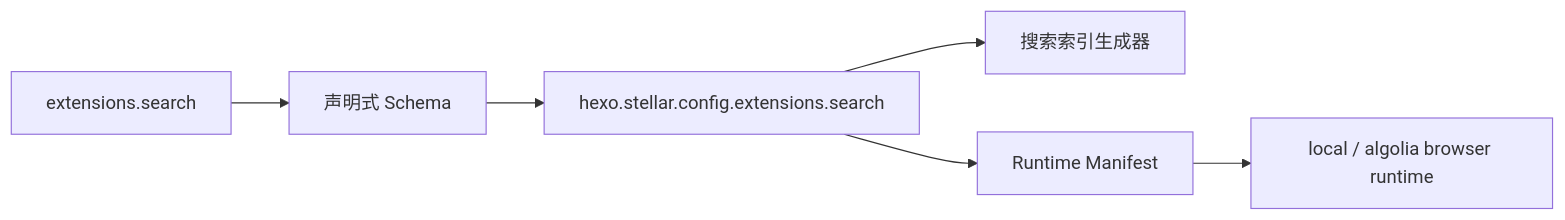
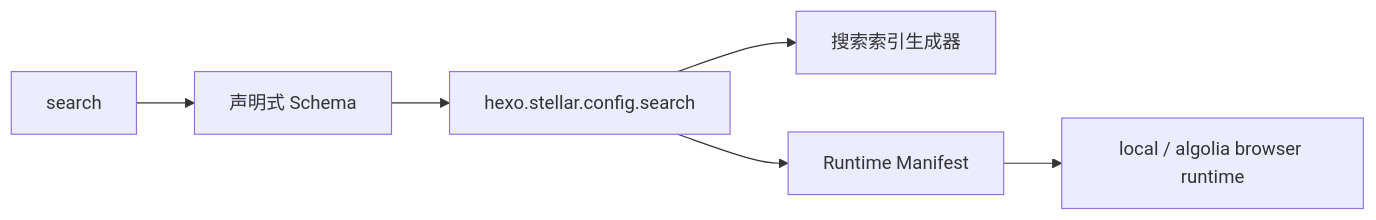
The diagram in docs/knowledge/07-外部集成/search.md (xaoxuu/hexo-theme-stellar), drawn with Mermaid before and after one commit. The commit also changed other lines of this file and 42 other files, not shown here.

````diff
--- a/docs/knowledge/07-外部集成/search.md
+++ b/docs/knowledge/07-外部集成/search.md
@@ -64,8 +62,8 @@
 ```mermaid
 flowchart LR
-  A[extensions.search] --> B[声明式 Schema]
-  B --> C[hexo.stellar.config.extensions.search]
+  A[search] --> B[声明式 Schema]
+  B --> C[hexo.stellar.config.search]
   C --> D[搜索索引生成器]
   C --> E[Runtime Manifest]
   E --> F[local / algolia browser runtime]
 ```
````
